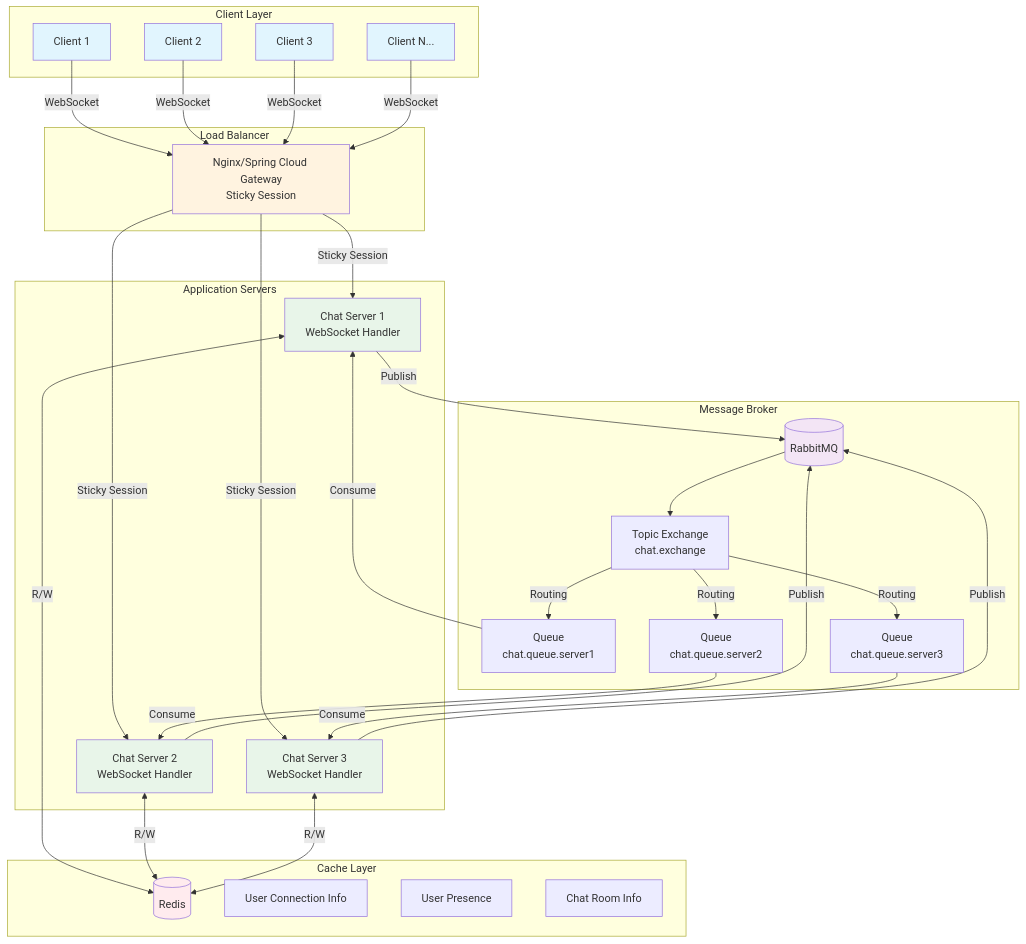
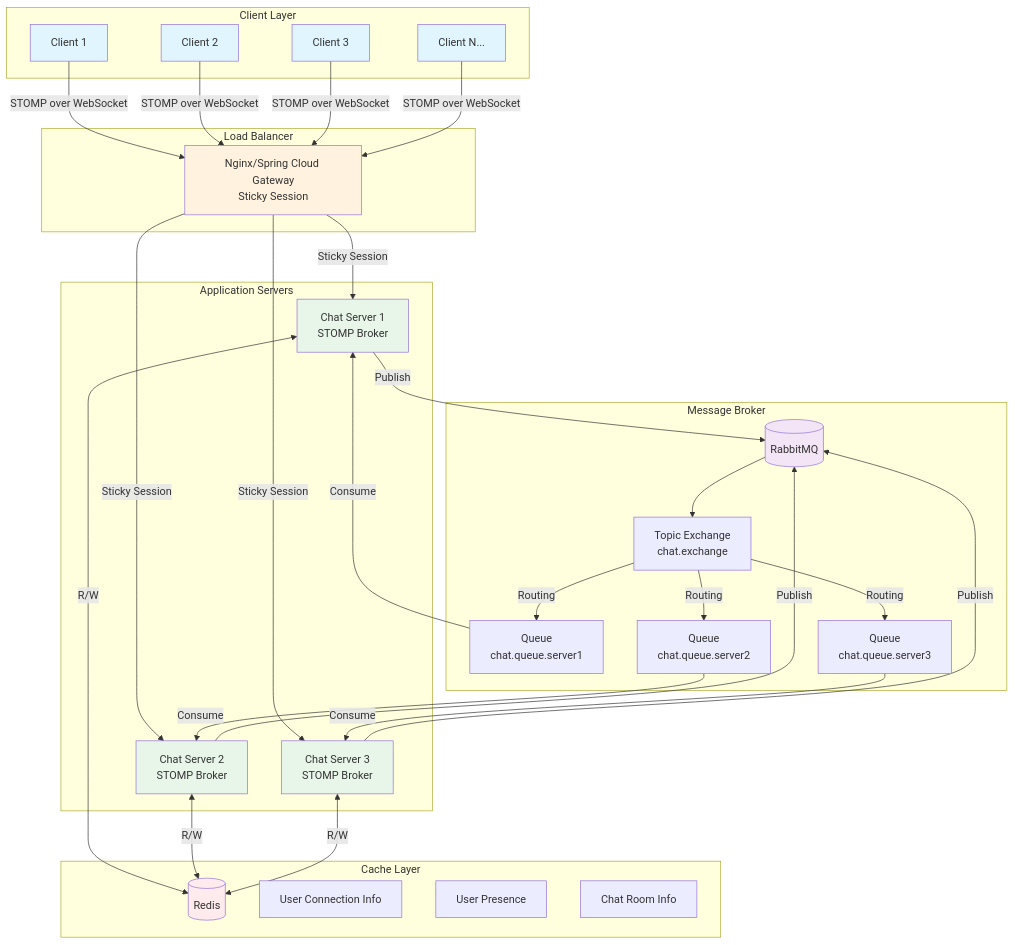
Before and after one commit to dev-jiemu/distributed-chat-service: the first of 2 diagrams in README.md, drawn with Mermaid. The commit also changed other lines of this file and 8 other files, not shown here.

````diff
--- a/README.md
+++ b/README.md
@@ -5,65 +5,65 @@
 ```mermaid
 graph TB
     subgraph "Client Layer"
         C1[Client 1]
         C2[Client 2]
         C3[Client 3]
         C4[Client N...]
     end
     
     subgraph "Load Balancer"
         LB[Nginx/Spring Cloud Gateway<br/>Sticky Session]
     end
     
     subgraph "Application Servers"
-        S1[Chat Server 1<br/>WebSocket Handler]
-        S2[Chat Server 2<br/>WebSocket Handler]
-        S3[Chat Server 3<br/>WebSocket Handler]
+        S1[Chat Server 1<br/>STOMP Broker]
+        S2[Chat Server 2<br/>STOMP Broker]
+        S3[Chat Server 3<br/>STOMP Broker]
     end
     
     subgraph "Message Broker"
         RMQ[(RabbitMQ)]
         EX[Topic Exchange<br/>chat.exchange]
         Q1[Queue<br/>chat.queue.server1]
         Q2[Queue<br/>chat.queue.server2]
         Q3[Queue<br/>chat.queue.server3]
     end
     
     subgraph "Cache Layer"
         Redis[(Redis)]
         R1[User Connection Info]
         R2[User Presence]
         R3[Chat Room Info]
     end
     
-    C1 & C2 -->|WebSocket| LB
-    C3 & C4 -->|WebSocket| LB
+    C1 & C2 -->|STOMP over WebSocket| LB
+    C3 & C4 -->|STOMP over WebSocket| LB
     
     LB -->|Sticky Session| S1
     LB -->|Sticky Session| S2
     LB -->|Sticky Session| S3
     
     S1 & S2 & S3 -->|Publish| RMQ
     
     RMQ --> EX
     EX -->|Routing| Q1
     EX -->|Routing| Q2
     EX -->|Routing| Q3
     
     Q1 -->|Consume| S1
     Q2 -->|Consume| S2
     Q3 -->|Consume| S3
     
     S1 & S2 & S3 <-->|R/W| Redis
     
     style C1 fill:#e1f5fe
     style C2 fill:#e1f5fe
     style C3 fill:#e1f5fe
     style C4 fill:#e1f5fe
     style LB fill:#fff3e0
     style S1 fill:#e8f5e9
     style S2 fill:#e8f5e9
     style S3 fill:#e8f5e9
     style RMQ fill:#f3e5f5
     style Redis fill:#ffebee
 ```
````
